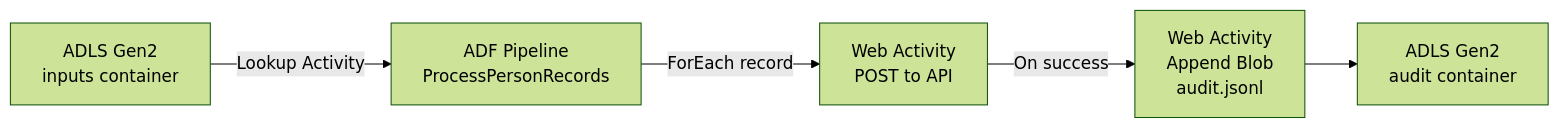
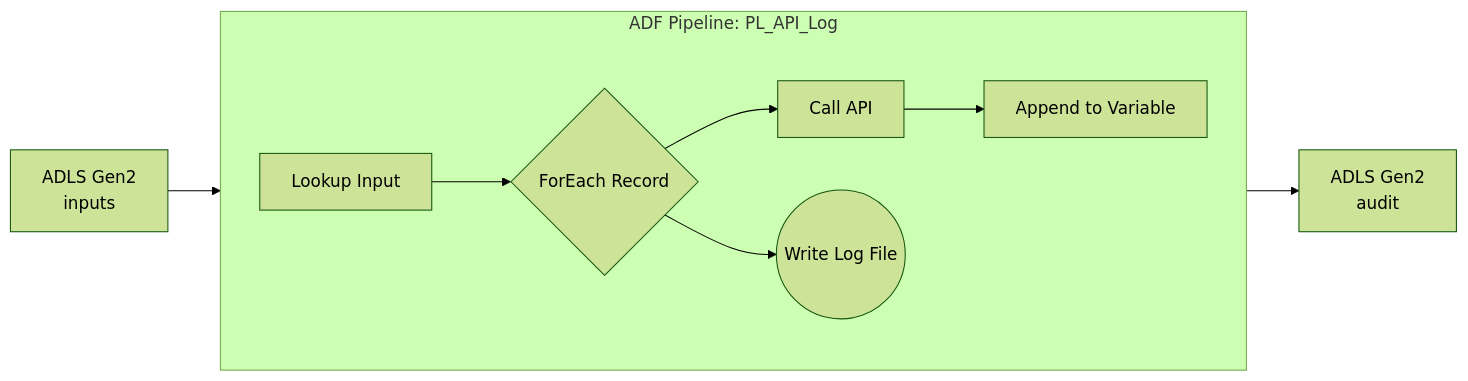
The diagram in README.md (TheDataDojo/adf-adls-api-audit-pipeline), drawn with Mermaid (forest theme) before and after one commit. The commit also changed other lines of this file and 9 other files, not shown here.

Commit message:
feat: replace pipeline with PL_API_Log — ForEach POST + AppendVariable + Copy write to ADLS

````diff
--- a/README.md
+++ b/README.md
@@ -13,7 +13,12 @@
 ```mermaid
 graph LR
-    A[ADLS Gen2\ninputs container] -->|Lookup Activity| B[ADF Pipeline\nProcessPersonRecords]
-    B -->|ForEach record| C[Web Activity\nPOST to API]
-    C -->|On success| D[Web Activity\nAppend Blob\naudit.jsonl]
-    D --> E[ADLS Gen2\naudit container]
+    subgraph "ADF Pipeline: PL_API_Log"
+        direction LR
+        A[Lookup Input] --> B{ForEach Record}
+        B --> C[Call API]
+        C --> D[Append to Variable]
+        B --> E((Write Log File))
+    end
+    F[ADLS Gen2\ninputs] --> A
+    E --> G[ADLS Gen2\naudit]
 ```
````
